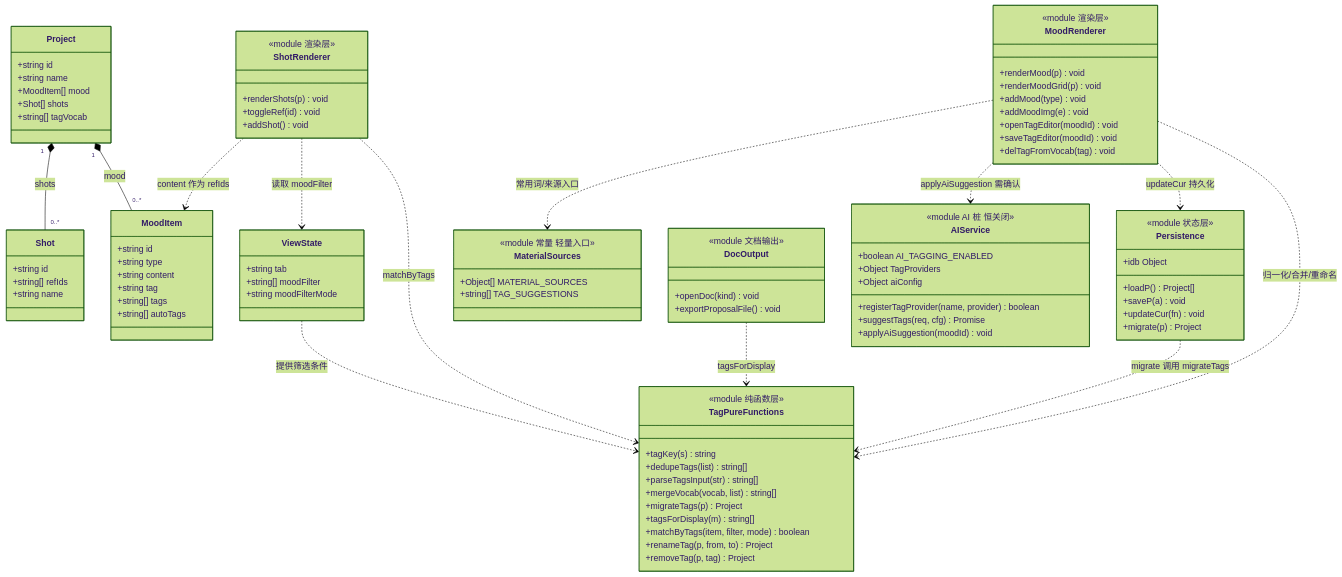
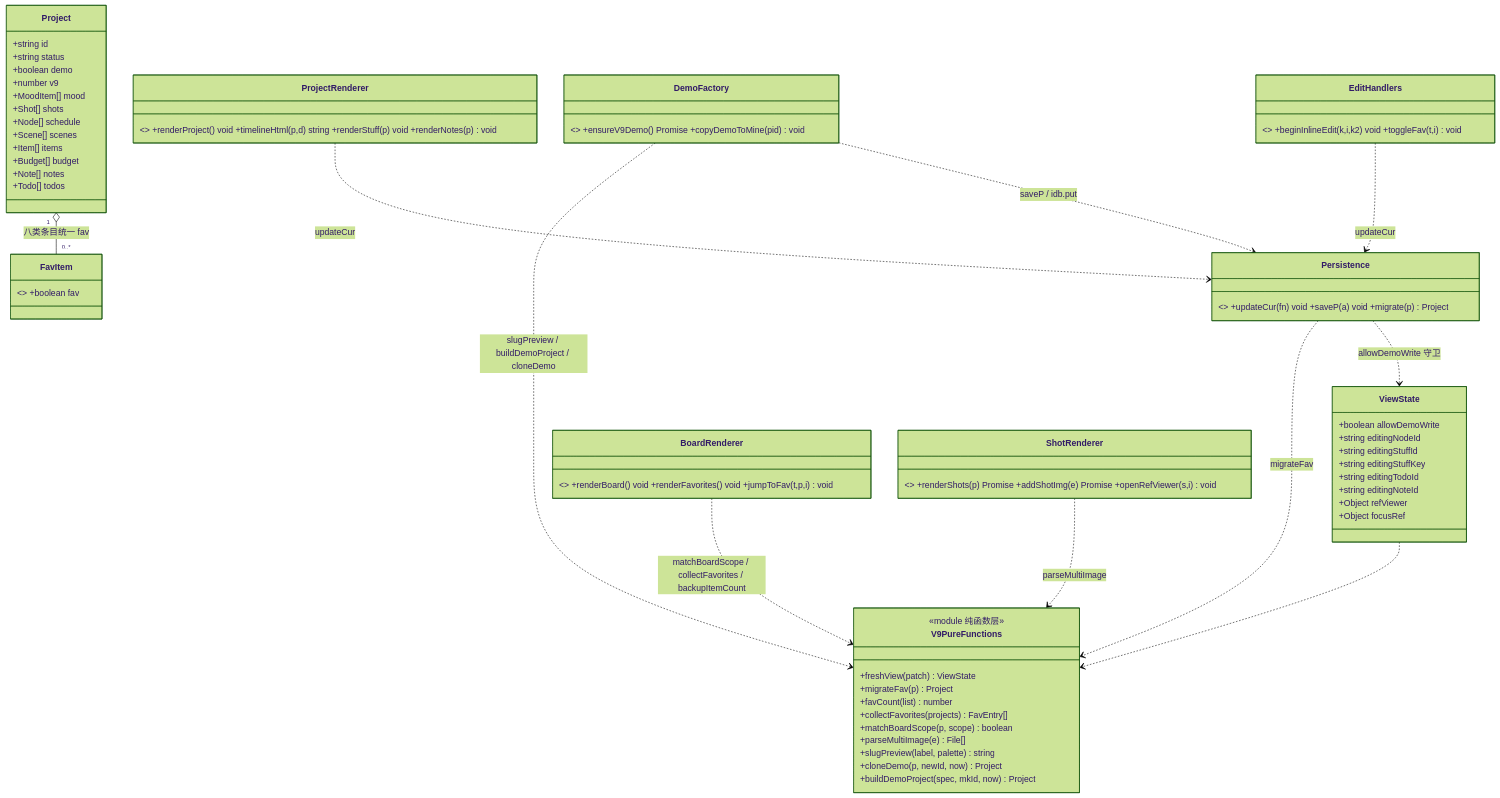
The first of 3 diagrams in docs/system_design.md (NopantsNobra/shotflow-planner), drawn with Mermaid (forest theme) before and after one commit. The commit also changed other lines of this file and 9 other files, not shown here.

Commit message:
feat: Stillmark v9 收藏/只读示例/多图与行内编辑

````diff
--- a/docs/system_design.md
+++ b/docs/system_design.md
@@ -261,95 +318,56 @@
 ```mermaid
 classDiagram
-    class MoodItem {
-        +string id
-        +string type
-        +string content
-        +string tag
-        +string[] tags
-        +string[] autoTags
-    }
+    class FavItem { <<interface 八类条目统一>> +boolean fav }
     class Project {
         +string id
-        +string name
+        +string status
+        +boolean demo
+        +number v9
         +MoodItem[] mood
         +Shot[] shots
-        +string[] tagVocab
-    }
-    class Shot {
-        +string id
-        +string[] refIds
-        +string name
+        +Node[] schedule
+        +Scene[] scenes
+        +Item[] items
+        +Budget[] budget
+        +Note[] notes
+        +Todo[] todos
     }
     class ViewState {
-        +string tab
-        +string[] moodFilter
-        +string moodFilterMode
+        +boolean allowDemoWrite
+        +string editingNodeId
+        +string editingStuffId
+        +string editingStuffKey
+        +string editingTodoId
+        +string editingNoteId
+        +Object refViewer
+        +Object focusRef
     }
-    class TagPureFunctions {
+    class V9PureFunctions {
         <<module 纯函数层>>
-        +tagKey(s) string
-        +dedupeTags(list) string[]
-        +parseTagsInput(str) string[]
-        +mergeVocab(vocab, list) string[]
-        +migrateTags(p) Project
-        +tagsForDisplay(m) string[]
-        +matchByTags(item, filter, mode) boolean
-        +renameTag(p, from, to) Project
-        +removeTag(p, tag) Project
+        +freshView(patch) ViewState
+        +migrateFav(p) Project
+        +favCount(list) number
+        +collectFavorites(projects) FavEntry[]
+        +matchBoardScope(p, scope) boolean
+        +parseMultiImage(e) File[]
+        +slugPreview(label, palette) string
+        +cloneDemo(p, newId, now) Project
+        +buildDemoProject(spec, mkId, now) Project
     }
-    class Persistence {
-        <<module 状态层>>
-        +loadP() Project[]
-        +saveP(a) void
-        +updateCur(fn) void
-        +migrate(p) Project
-        +idb Object
-    }
-    class MoodRenderer {
-        <<module 渲染层>>
-        +renderMood(p) void
-        +renderMoodGrid(p) void
-        +addMood(type) void
-        +addMoodImg(e) void
-        +openTagEditor(moodId) void
-        +saveTagEditor(moodId) void
-        +delTagFromVocab(tag) void
-    }
-    class ShotRenderer {
-        <<module 渲染层>>
-        +renderShots(p) void
-        +toggleRef(id) void
-        +addShot() void
-    }
-    class AIService {
-        <<module AI 桩 恒关闭>>
-        +boolean AI_TAGGING_ENABLED
-        +Object TagProviders
-        +Object aiConfig
-        +registerTagProvider(name, provider) boolean
-        +suggestTags(req, cfg) Promise
-        +applyAiSuggestion(moodId) void
-    }
-    class DocOutput {
-        <<module 文档输出>>
-        +openDoc(kind) void
-        +exportProposalFile() void
-    }
-    class MaterialSources {
-        <<module 常量 轻量入口>>
-        +Object[] MATERIAL_SOURCES
-        +string[] TAG_SUGGESTIONS
-    }
-    Project "1" *-- "0..*" MoodItem : mood
-    Project "1" *-- "0..*" Shot : shots
-    ViewState ..> TagPureFunctions : 提供筛选条件
-    Persistence ..> TagPureFunctions : migrate 调用 migrateTags
-    MoodRenderer ..> TagPureFunctions : 归一化/合并/重命名
-    MoodRenderer ..> Persistence : updateCur 持久化
-    MoodRenderer ..> AIService : applyAiSuggestion 需确认
-    ShotRenderer ..> TagPureFunctions : matchByTags
-    ShotRenderer ..> ViewState : 读取 moodFilter
-    ShotRenderer ..> MoodItem : content 作为 refIds
-    DocOutput ..> TagPureFunctions : tagsForDisplay
-    MoodRenderer ..> MaterialSources : 常用词/来源入口
+    class Persistence { <<module 状态层>> +updateCur(fn) void +saveP(a) void +migrate(p) Project }
+    class DemoFactory { <<module 状态层>> +ensureV9Demo() Promise +copyDemoToMine(pid) void }
+    class BoardRenderer { <<module 渲染层>> +renderBoard() void +renderFavorites() void +jumpToFav(t,p,i) void }
+    class ProjectRenderer { <<module 渲染层>> +renderProject() void +timelineHtml(p,d) string +renderStuff(p) void +renderNotes(p) void }
+    class ShotRenderer { <<module 渲染层>> +renderShots(p) Promise +addShotImg(e) Promise +openRefViewer(s,i) void }
+    class EditHandlers { <<module 渲染层>> +beginInlineEdit(k,i,k2) void +toggleFav(t,i) void }
+    Project "1" o-- "0..*" FavItem : 八类条目统一 fav
+    ViewState ..> V9PureFunctions
+    Persistence ..> V9PureFunctions : migrateFav
+    Persistence ..> ViewState : allowDemoWrite 守卫
+    DemoFactory ..> V9PureFunctions : slugPreview / buildDemoProject / cloneDemo
+    DemoFactory ..> Persistence : saveP / idb.put
+    BoardRenderer ..> V9PureFunctions : matchBoardScope / collectFavorites / backupItemCount
+    ProjectRenderer ..> Persistence : updateCur
+    ShotRenderer ..> V9PureFunctions : parseMultiImage
+    EditHandlers ..> Persistence : updateCur
 ```
````
